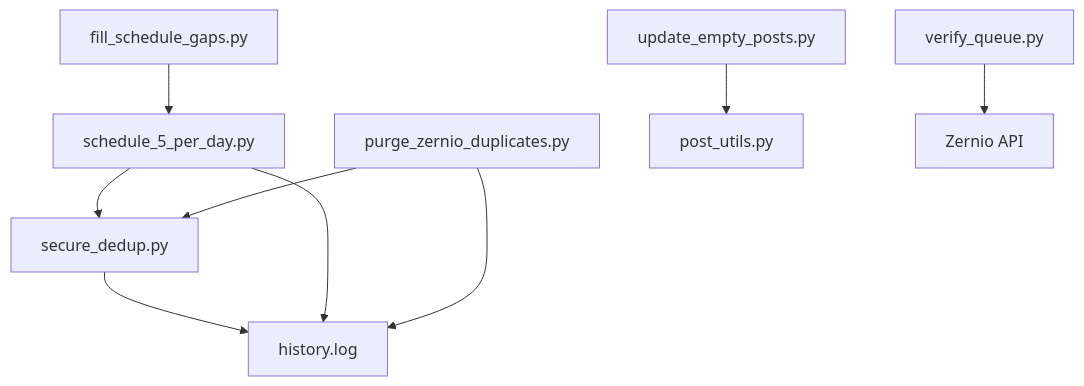
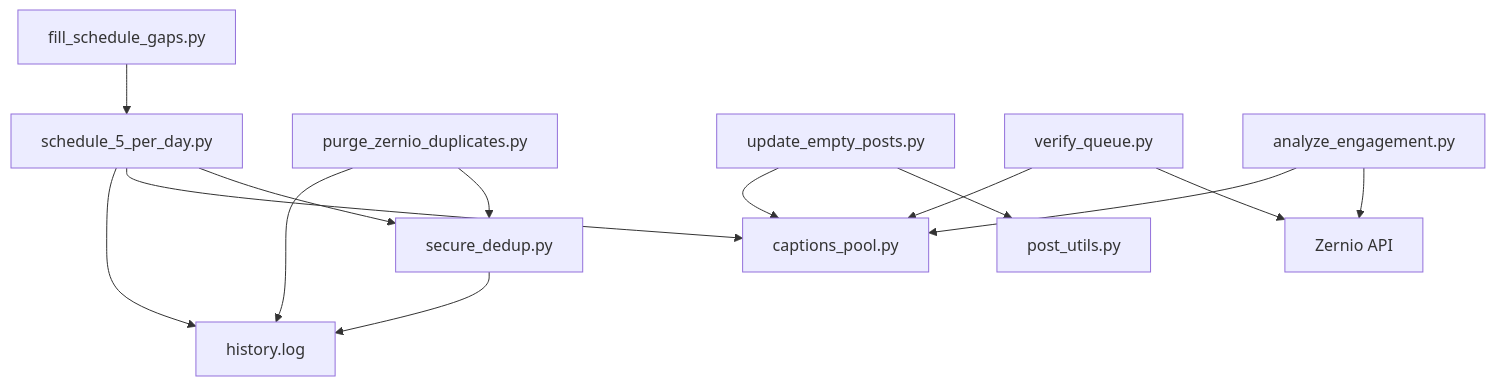
One commit to galaxycoils/galaxycoilszernio changed the diagram in WIKI.md. Above: the diagram before and after it, drawn with Mermaid. The commit also changed other lines of this file, not shown here.

````diff
--- a/WIKI.md
+++ b/WIKI.md
@@ -10,11 +10,16 @@
 ```mermaid
 graph TD
     A[schedule_5_per_day.py] --> B[secure_dedup.py]
     C[fill_schedule_gaps.py] --> A
     D[purge_zernio_duplicates.py] --> B
     E[update_empty_posts.py] --> F[post_utils.py]
     G[verify_queue.py] --> H[Zernio API]
+    AN[analyze_engagement.py] --> H
+    A --> P[captions_pool.py]
+    E --> P
+    G --> P
+    AN --> P
     B --> I[history.log]
     A --> I
     D --> I
 ```
````
